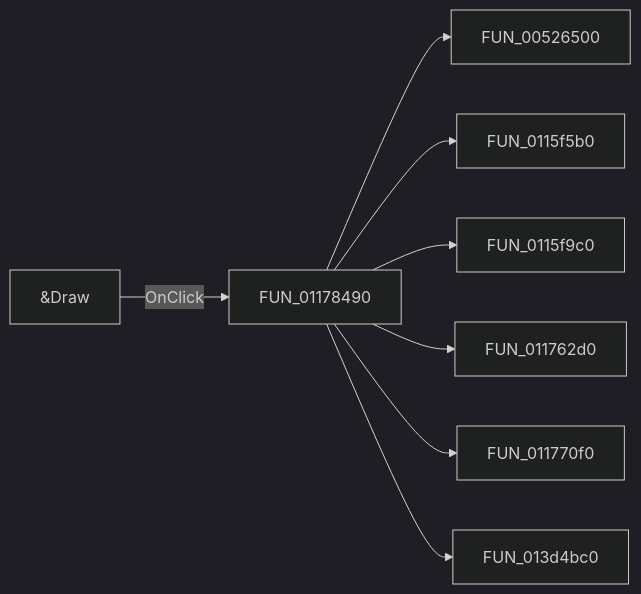
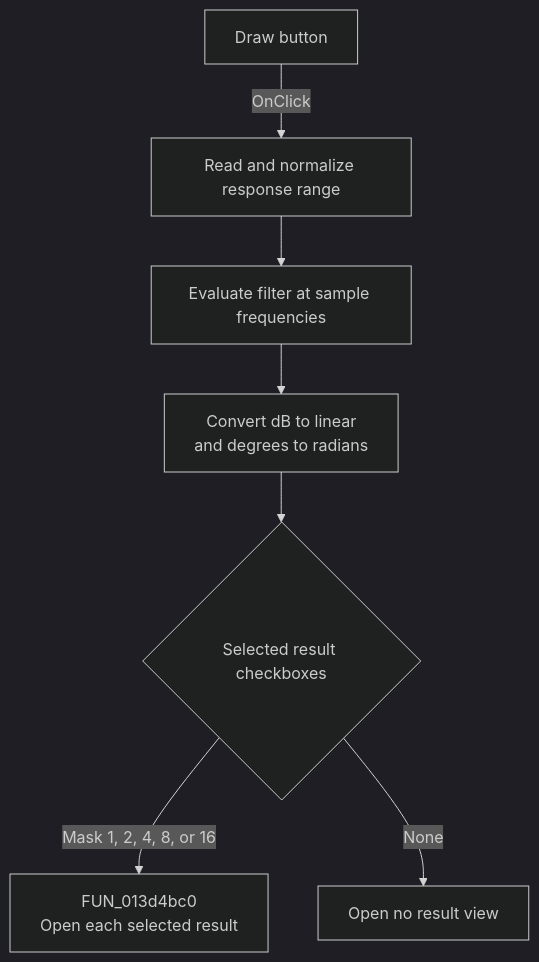
One commit to MovGP0/TIARA changed the diagram in docs/ui-controls/response-form1/drawbitbtn1-e2b459f02c.md. Above: the diagram before and after it, drawn with Mermaid (dark theme). The commit also changed other lines of this file and 1062 other files, not shown here.

````diff
--- a/docs/ui-controls/response-form1/drawbitbtn1-e2b459f02c.md
+++ b/docs/ui-controls/response-form1/drawbitbtn1-e2b459f02c.md
@@ -27,10 +29,9 @@
 ```mermaid
-flowchart LR
-    control["&Draw"] -->|OnClick| handler["FUN_01178490"]
-    handler --> call1["FUN_00526500"]
-    handler --> call2["FUN_0115f5b0"]
-    handler --> call3["FUN_0115f9c0"]
-    handler --> call4["FUN_011762d0"]
-    handler --> call5["FUN_011770f0"]
-    handler --> call6["FUN_013d4bc0"]
+flowchart TD
+    control["Draw button"] -->|OnClick| range["Read and normalize response range"]
+    range --> evaluate["Evaluate filter at sample frequencies"]
+    evaluate --> convert["Convert dB to linear<br/>and degrees to radians"]
+    convert --> choices{"Selected result checkboxes"}
+    choices -->|Mask 1, 2, 4, 8, or 16| open["FUN_013d4bc0<br/>Open each selected result"]
+    choices -->|None| noView["Open no result view"]
 ```
````
